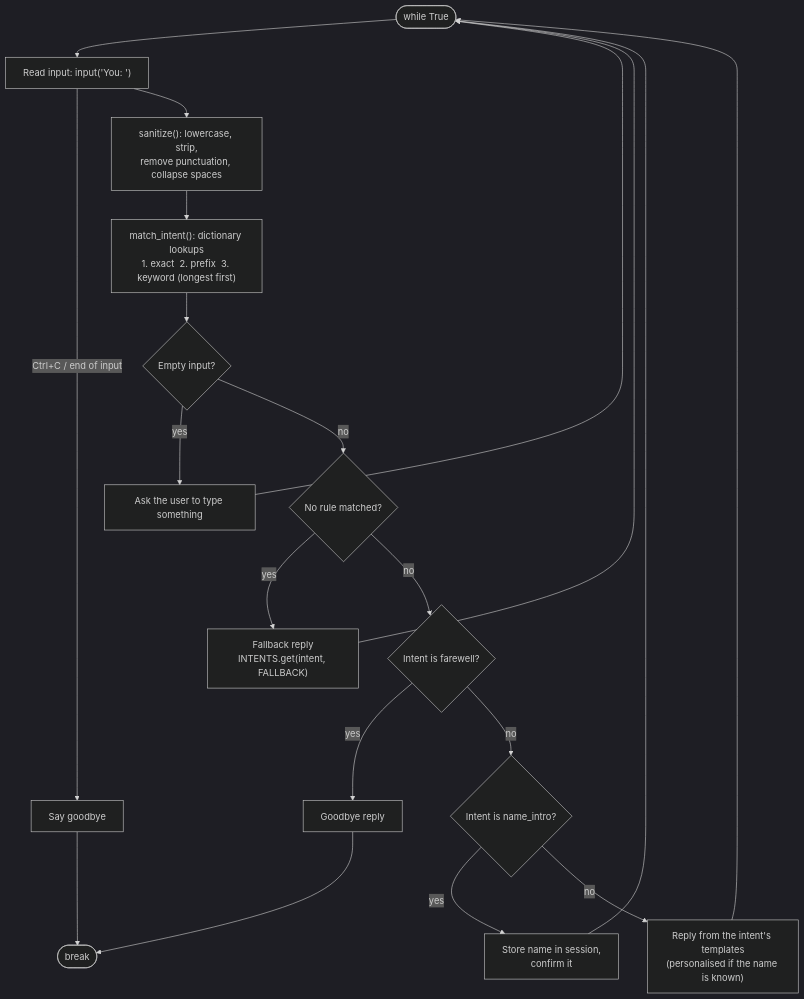
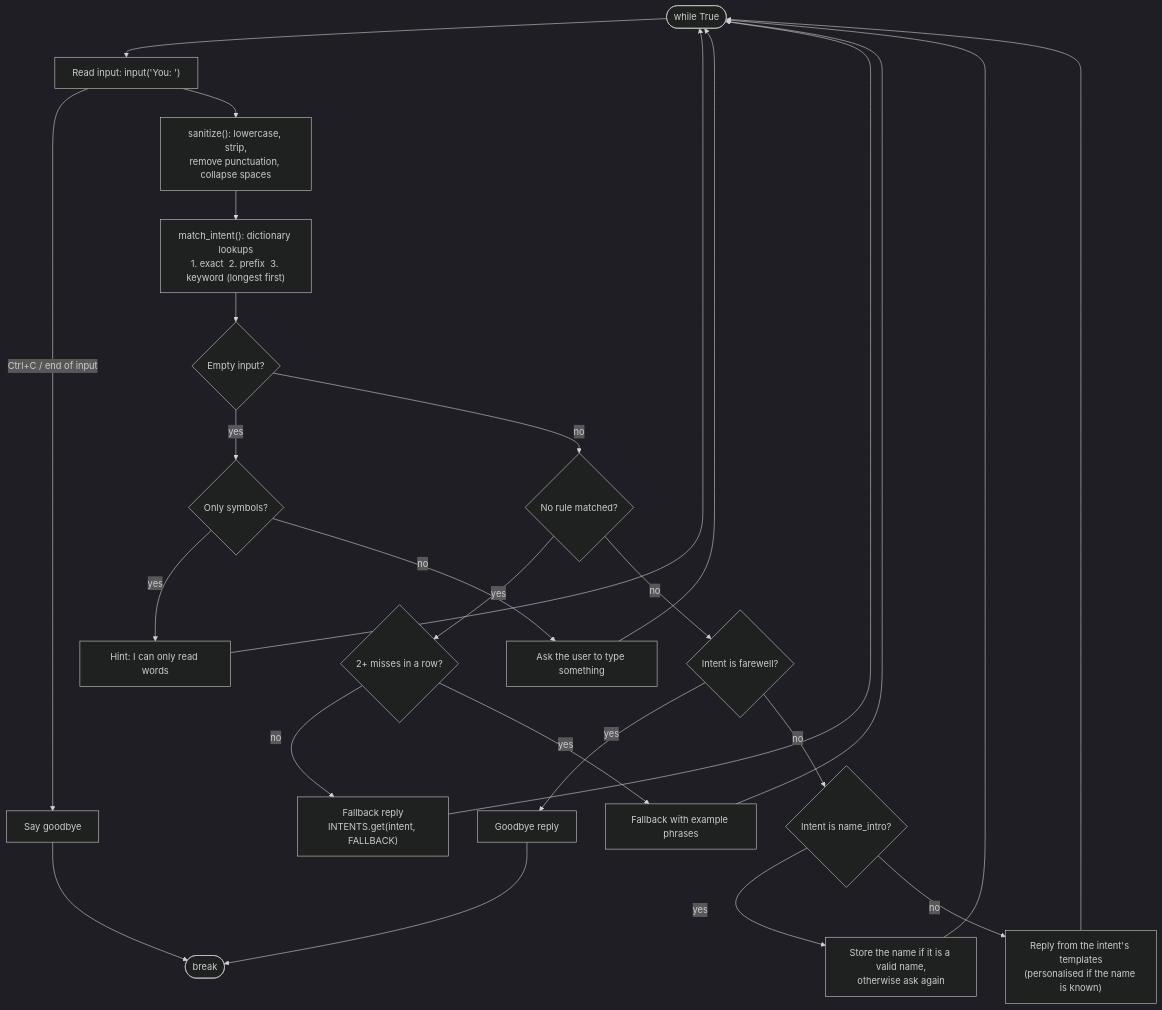
The second of 2 diagrams in docs/flowchart.md (SRBaggari/Rule-Based-AI-Chatbot-), drawn with Mermaid (dark theme) before and after one commit. The commit also changed 12 other files, not shown here.

````diff
--- a/docs/flowchart.md
+++ b/docs/flowchart.md
@@ -15,21 +15,27 @@
 ```mermaid
 flowchart TD
     start(["while True"]) --> read["Read input: input('You: ')"]
     read -->|"Ctrl+C / end of input"| bye_signal["Say goodbye"]
     read --> clean["sanitize(): lowercase, strip,<br/>remove punctuation, collapse spaces"]
     clean --> match["match_intent(): dictionary lookups<br/>1. exact  2. prefix  3. keyword (longest first)"]
     match --> empty{"Empty input?"}
-    empty -->|yes| r_empty["Ask the user to type something"]
+    empty -->|yes| symbols{"Only symbols?"}
+    symbols -->|yes| r_symbols["Hint: I can only read words"]
+    symbols -->|no| r_empty["Ask the user to type something"]
     empty -->|no| unknown{"No rule matched?"}
-    unknown -->|yes| r_fallback["Fallback reply<br/>INTENTS.get(intent, FALLBACK)"]
+    unknown -->|yes| misses{"2+ misses in a row?"}
+    misses -->|no| r_fallback["Fallback reply<br/>INTENTS.get(intent, FALLBACK)"]
+    misses -->|yes| r_examples["Fallback with example phrases"]
     unknown -->|no| farewell{"Intent is farewell?"}
     farewell -->|yes| r_bye["Goodbye reply"] --> stop(["break"])
     farewell -->|no| name{"Intent is name_intro?"}
-    name -->|yes| r_name["Store name in session,<br/>confirm it"]
+    name -->|yes| r_name["Store the name if it is a valid name,<br/>otherwise ask again"]
     name -->|no| r_intent["Reply from the intent's templates<br/>(personalised if the name is known)"]
     r_empty --> start
+    r_symbols --> start
     r_fallback --> start
+    r_examples --> start
     r_name --> start
     r_intent --> start
     bye_signal --> stop
 ```
````
